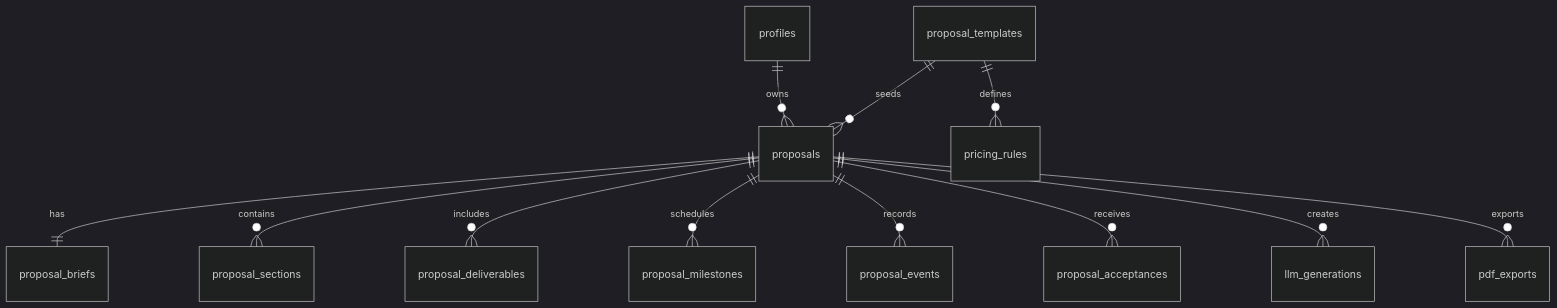
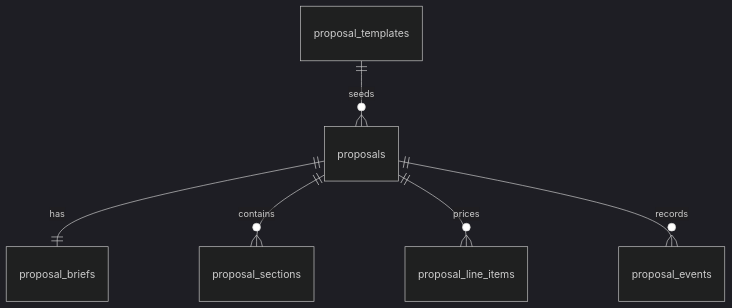
The diagram in docs/DATABASE.md (vetlucasmartins/ProposalForge), drawn with Mermaid (dark theme) before and after one commit. The commit also changed other lines of this file and 21 other files, not shown here.

````diff
--- a/docs/DATABASE.md
+++ b/docs/DATABASE.md
@@ -11,14 +33,8 @@
 ```mermaid
 erDiagram
-    profiles ||--o{ proposals : owns
     proposal_templates ||--o{ proposals : seeds
     proposals ||--|| proposal_briefs : has
     proposals ||--o{ proposal_sections : contains
-    proposals ||--o{ proposal_deliverables : includes
-    proposals ||--o{ proposal_milestones : schedules
+    proposals ||--o{ proposal_line_items : prices
     proposals ||--o{ proposal_events : records
-    proposals ||--o{ proposal_acceptances : receives
-    proposals ||--o{ llm_generations : creates
-    proposals ||--o{ pdf_exports : exports
-    proposal_templates ||--o{ pricing_rules : defines
 ```
````
